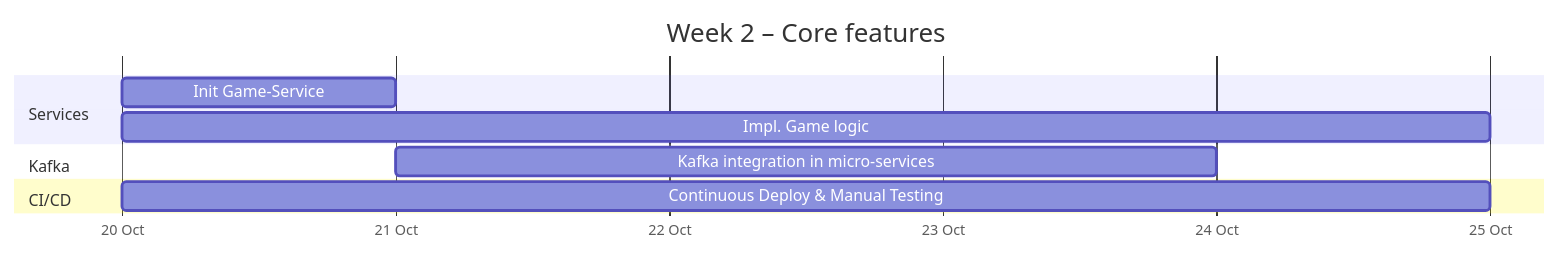
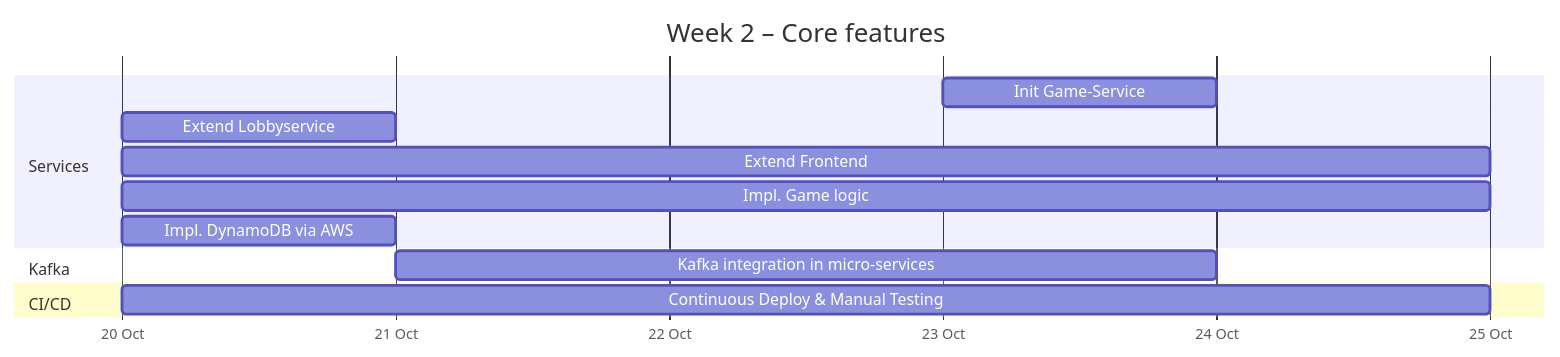
One commit to salt-community/pp-amanda changed the second of 4 diagrams in ProjectPlan.md. Above: the diagram before and after it, drawn with Mermaid.

````diff
--- a/ProjectPlan.md
+++ b/ProjectPlan.md
@@ -71,18 +71,23 @@
 ```mermaid
 gantt
     title Week 2 – Core features
     dateFormat  YYYY-MM-DD
     axisFormat  %d %b
     tickInterval 1day
 
     section Services
-        Init Game-Service                   :b1, 2025-10-20, 1d
+        Init Game-Service                   :b1, 2025-10-23, 1d
+        Extend Lobbyservice                 :b1, 2025-10-20, 1d
+        Extend Frontend                     :b1, 2025-10-20, 5d
         Impl. Game logic                    :b2, 2025-10-20, 5d
+    
+    section Services
+        Impl. DynamoDB via AWS              :b1, 2025-10-20, 1d
 
     section Kafka
         Kafka integration in micro-services     :b3, 2025-10-21, 3d
 
     section CI/CD
         Continuous Deploy & Manual Testing  :b4, 2025-10-20, 5d
 
 ```
````
